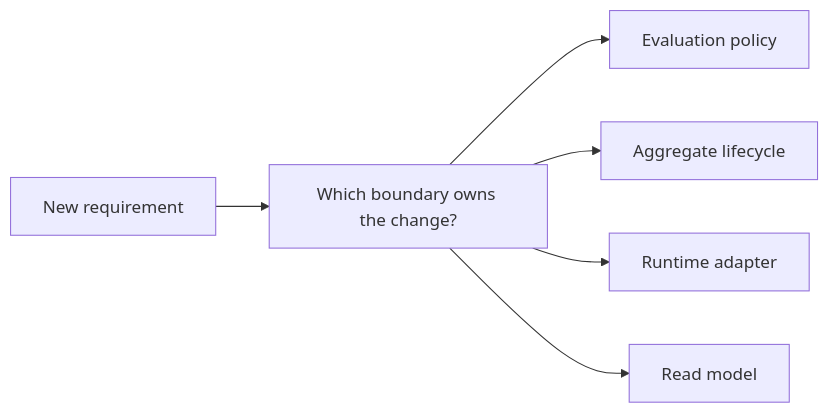
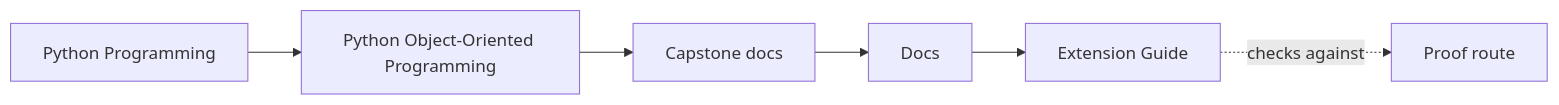
One commit to bijux/bijux-masterclass changed the first of 2 diagrams in programs/python-programming/python-object-oriented-programming/capstone/docs/extension-guide.md. Above: the diagram before and after it, drawn with Mermaid. The commit also changed other lines of this file and 103 other files, not shown here.

Commit message:
docs(python-object-oriented-programming): map sustainment and capstone surfaces

````diff
--- a/programs/python-programming/python-object-oriented-programming/capstone/docs/extension-guide.md
+++ b/programs/python-programming/python-object-oriented-programming/capstone/docs/extension-guide.md
@@ -7,8 +7,12 @@
 ```mermaid
 graph LR
-  need["New requirement"] --> question["Which boundary owns the change?"]
-  question --> policy["Evaluation policy"]
-  question --> aggregate["Aggregate lifecycle"]
-  question --> runtime["Runtime adapter"]
-  question --> projection["Read model"]
+  family["Python Programming"]
+  program["Python Object-Oriented Programming"]
+  guide["Capstone docs"]
+  section["Docs"]
+  page["Extension Guide"]
+  proof["Proof route"]
+
+  family --> program --> guide --> section --> page
+  page -.checks against.-> proof
 ```
````
